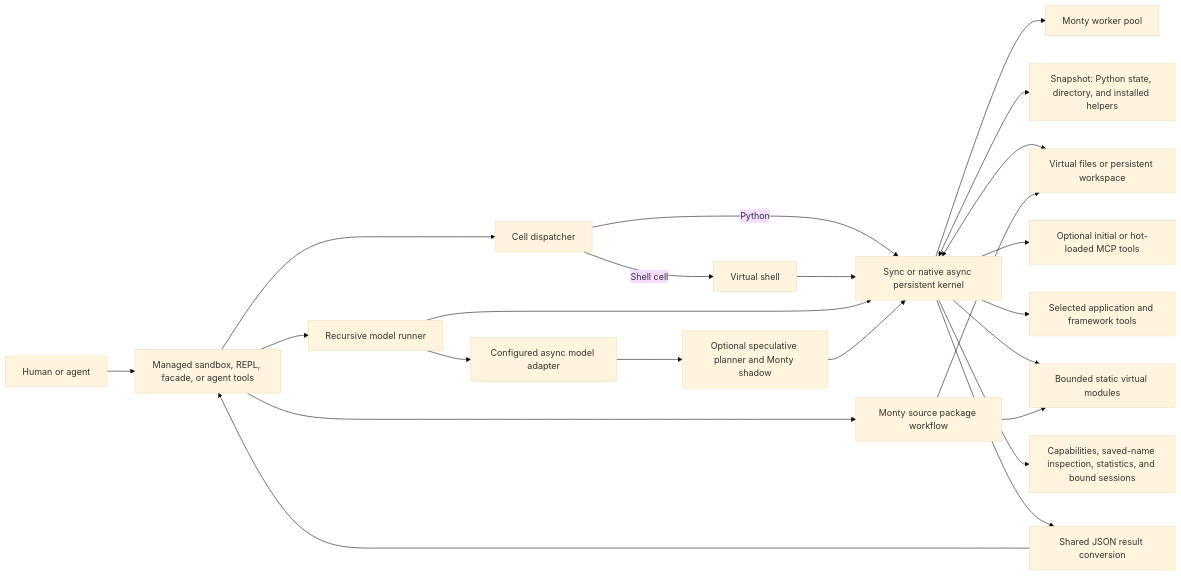
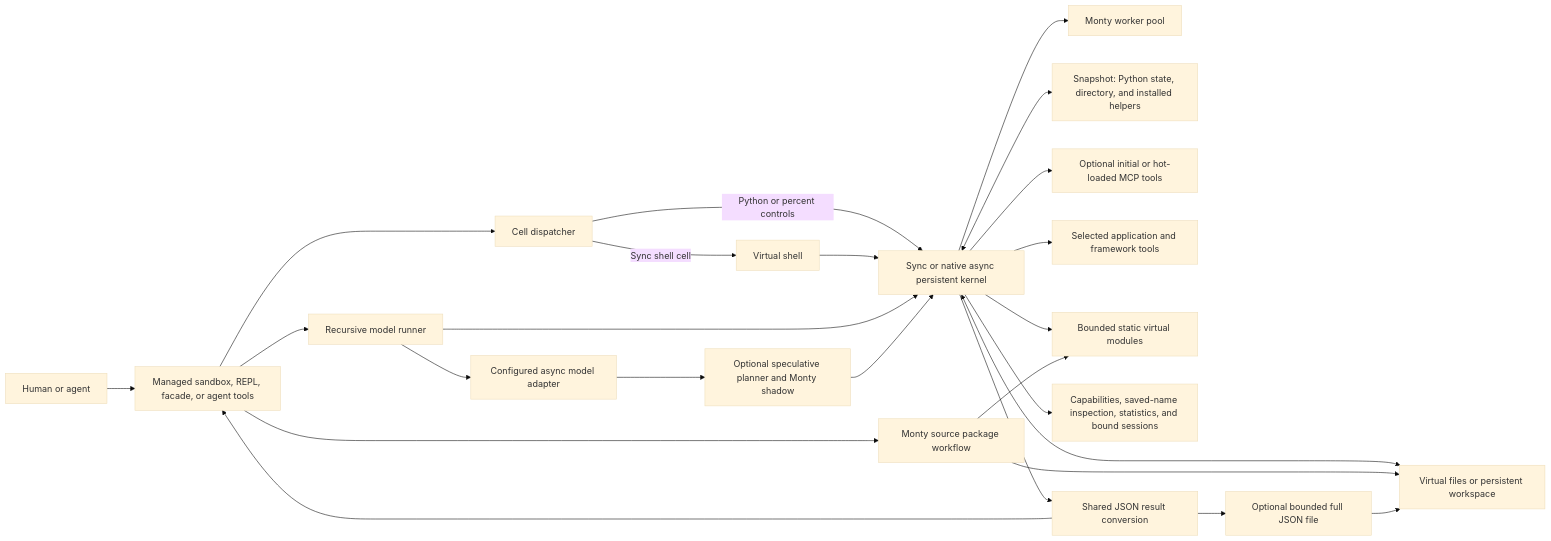
One commit to sgaseretto/arenero changed the first of 3 diagrams in README.md. Above: the diagram before and after it, drawn with Mermaid (base theme). The commit also changed other lines of this file and 23 other files, not shown here.

````diff
--- a/README.md
+++ b/README.md
@@ -18,25 +18,27 @@
 ```mermaid
 flowchart LR
     User["Human or agent"] --> Interface["Managed sandbox, REPL, facade, or agent tools"]
     Interface --> Cell["Cell dispatcher"]
-    Cell -->|Python| Kernel["Sync or native async persistent kernel"]
-    Cell -->|Shell cell| Shell["Virtual shell"]
+    Cell -->|Python or percent controls| Kernel["Sync or native async persistent kernel"]
+    Cell -->|Sync shell cell| Shell["Virtual shell"]
     Shell --> Kernel
     Kernel --> Worker["Monty worker pool"]
     Kernel <--> Store["Snapshot: Python state, directory, and installed helpers"]
     Kernel <--> Files["Virtual files or persistent workspace"]
     Kernel --> MCP["Optional initial or hot-loaded MCP tools"]
     Kernel --> Hosted["Selected application and framework tools"]
     Kernel --> Modules["Bounded static virtual modules"]
     Interface --> Packages["Monty source package workflow"]
     Packages --> Modules
     Packages --> Files
     Kernel --> QoL["Capabilities, saved-name inspection, statistics, and bound sessions"]
     Kernel --> Result["Shared JSON result conversion"]
+    Result --> Overflow["Optional bounded full JSON file"]
+    Overflow --> Files
     Result --> Interface
     Interface --> RLM["Recursive model runner"]
     RLM --> Kernel
     RLM --> Model["Configured async model adapter"]
     Model --> Spec["Optional speculative planner and Monty shadow"]
     Spec --> Kernel
 ```
````
